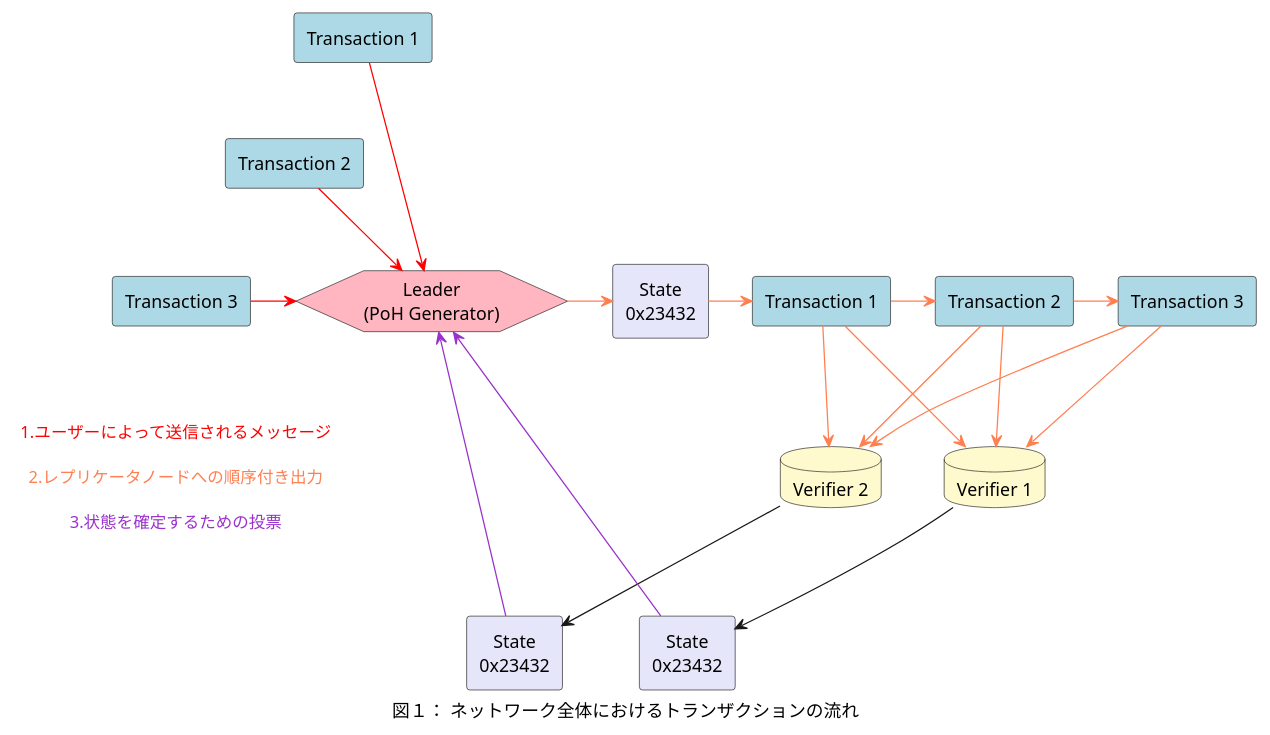
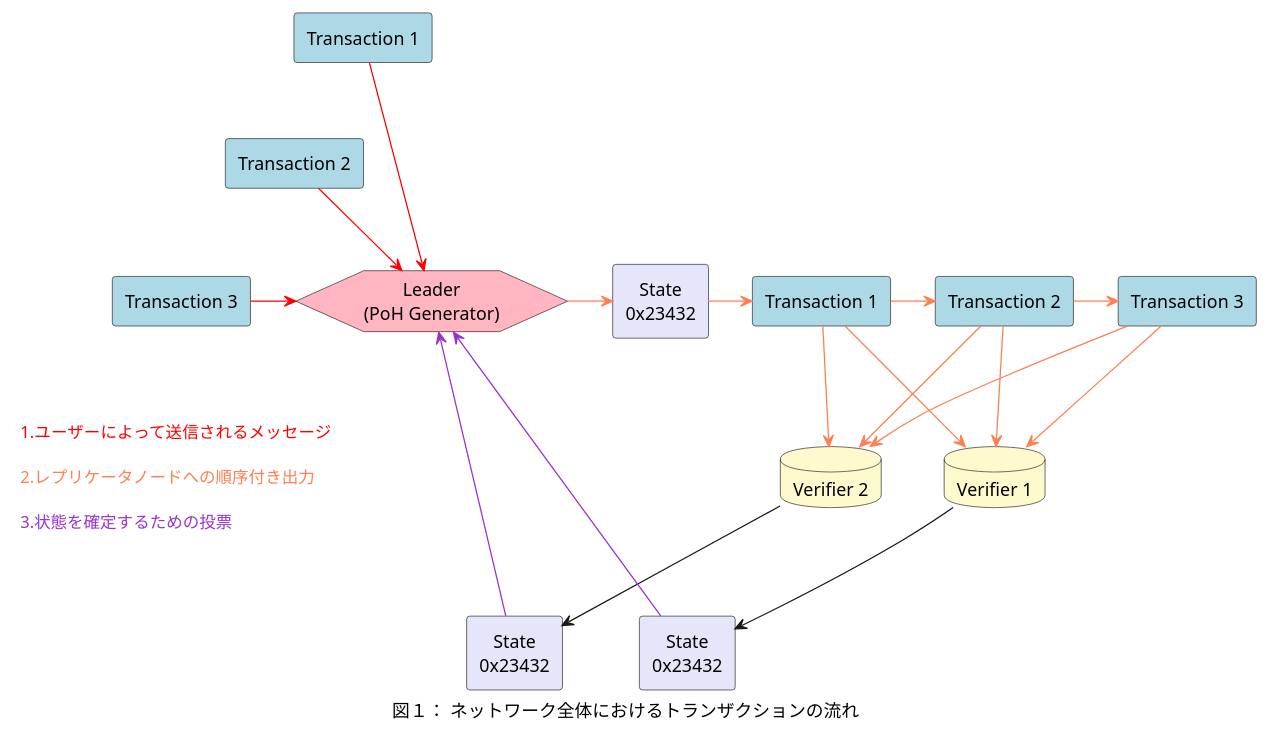
Before and after one commit to natosepia/solana_book: the first of 21 diagrams in solana_whitepaper_jp.md, drawn with PlantUML. The commit also changed other lines of this file and 1 other file, not shown here.

````diff
--- a/solana_whitepaper_jp.md
+++ b/solana_whitepaper_jp.md
@@ -63,60 +68,72 @@
 ```plantuml
 
 @startuml
-skinparam defaultTextAlignment center
-
+caption "図１： ネットワーク全体におけるトランザクションの流れ"
+<style>    
+    hexagon,rectangle,database {
+        HorizontalAlignment center
+    }
+    card {
+        FontSize 12
+        BackGroundColor transparent
+        LineThickness 0
+        LineColor black
+        Margin 0
+        Padding 0
+    }
+</style>
 skinparam noteBackgroundColor transparent
 skinparam noteBorderColor transparent
 
-caption "図１： ネットワーク全体におけるトランザクションの流れ"
+
 'Node
 rectangle "Transaction 1" as Tx1 #LightBlue
 rectangle "Transaction 2" as Tx2 #LightBlue
 rectangle "Transaction 3" as Tx3 #LightBlue
 rectangle "Transaction 1" as Tx1aft #LightBlue
 rectangle "Transaction 2" as Tx2aft #LightBlue
 rectangle "Transaction 3" as Tx3aft #LightBlue
 
 hexagon "Leader\n(PoH Generator)" as LDR #LightPink
 
 rectangle "State\n0x23432" as State1 #Lavender
 rectangle "State\n0x23432" as State2 #Lavender
 rectangle "State\n0x23432" as State3 #Lavender
 
 database "Verifier 1" as veri1 #LemonChiffon
 database "Verifier 2" as veri2 #LemonChiffon
 
 
 Tx1 -[hidden]-> Tx2
 Tx2 -[hidden]-> Tx3
 Tx1 -right-> LDR #red
 Tx2 -right-> LDR #red
 Tx3 -right-> LDR #red
 LDR -right-> State1 #Coral
 State1 -right-> Tx1aft #Coral
 Tx1aft -right-> Tx2aft #Coral
 Tx2aft -right-> Tx3aft #Coral
 
 Tx1aft -down-> veri1 #Coral
 Tx2aft -down-> veri1 #Coral
 Tx3aft -down-> veri1 #Coral
 Tx1aft -down-> veri2 #Coral
 Tx2aft -down-> veri2 #Coral
 Tx3aft -down-> veri2 #Coral
 
 veri1 -down-> State2
 veri2 -down-> State3
 
 State2 --> LDR #DarkOrchid
 State3 --> LDR #DarkOrchid
 
 note bottom of Tx3
   <font color="red">1.ユーザーによって送信されるメッセージ</font>
 
   <font color="Coral">2.レプリケータノードへの順序付き出力</font>
 
   <font color="DarkOrchid">3.状態を確定するための投票</font>
 end note 
 
 @enduml
 ```
````
